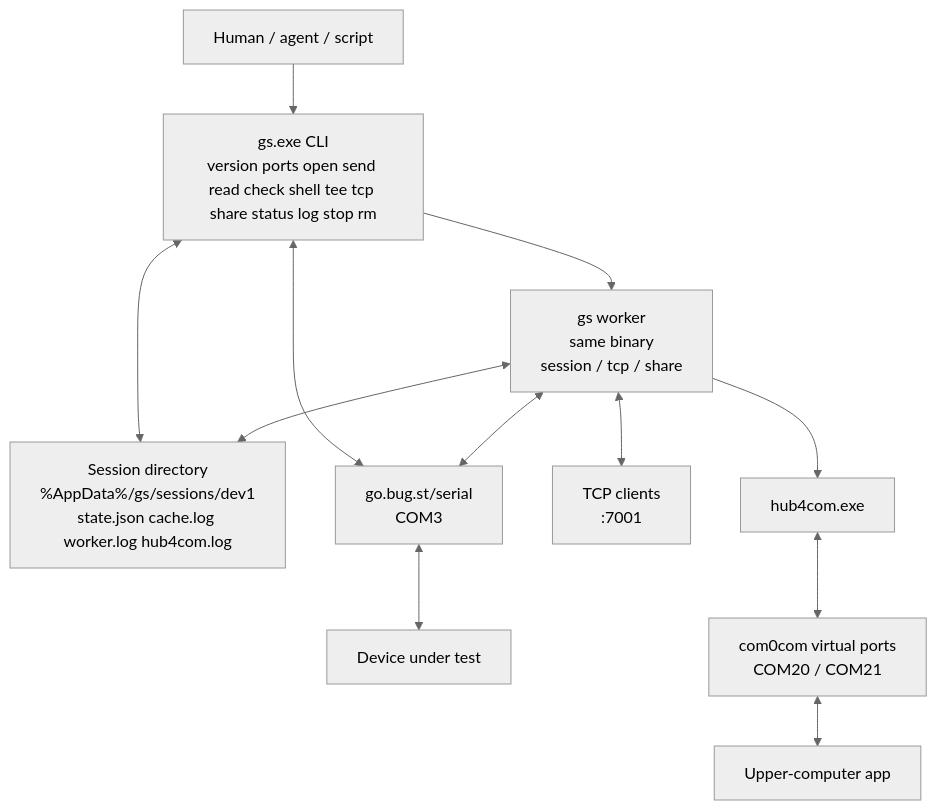
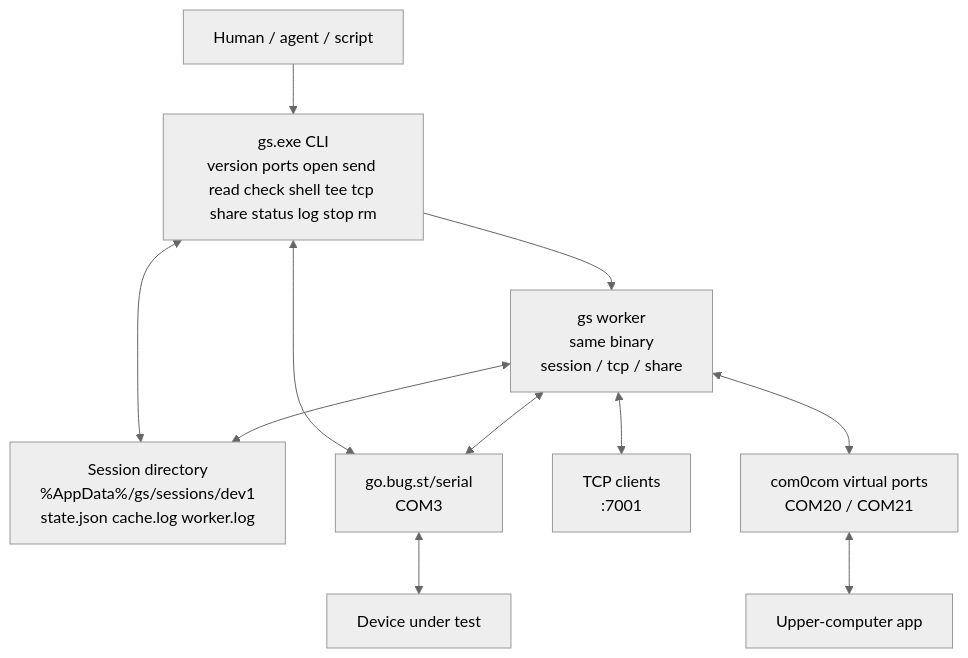
Before and after one commit to shikihane/go-serial-cli: the third of 4 diagrams in README.md, drawn with Mermaid (neutral theme). The commit also changed other lines of this file and 17 other files, not shown here.

````diff
--- a/README.md
+++ b/README.md
@@ -460,25 +458,23 @@
 ```mermaid
 flowchart TB
     user["Human / agent / script"]
     cli["gs.exe CLI\nversion ports open send read check shell tee tcp share status log stop rm"]
-    store["Session directory\n%AppData%/gs/sessions/dev1\nstate.json cache.log worker.log hub4com.log"]
+    store["Session directory\n%AppData%/gs/sessions/dev1\nstate.json cache.log worker.log"]
     worker["gs worker\nsame binary\nsession / tcp / share"]
     serial["go.bug.st/serial\nCOM3"]
     device["Device under test"]
     tcp["TCP clients\n:7001"]
-    hub["hub4com.exe"]
     com0com["com0com virtual ports\nCOM20 / COM21"]
     app["Upper-computer app"]
 
     user --> cli
     cli <--> store
     cli <--> serial
     serial <--> device
     cli --> worker
     worker <--> store
     worker <--> serial
     worker <--> tcp
-    worker --> hub
-    hub <--> com0com
+    worker <--> com0com
     com0com <--> app
 ```
````
